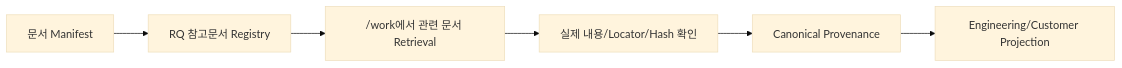
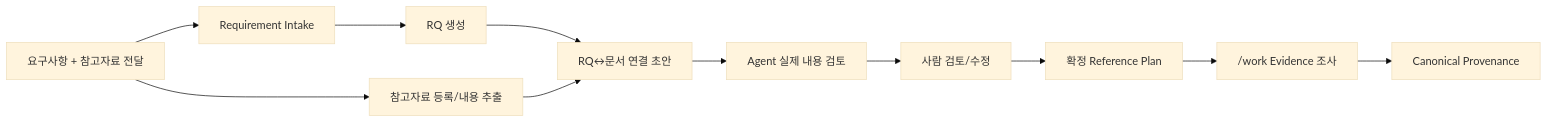
The diagram in docs/00_시작/13_RQ_참고문서_레지스트리_가이드.md (Seunghyun0606/SDLC_DDD_SDD), drawn with Mermaid (base theme) before and after one commit. The commit also changed other lines of this file, not shown here.

Commit message:
docs: make RQ reference draft intake-first and agent-reviewed

````diff
--- a/docs/00_시작/13_RQ_참고문서_레지스트리_가이드.md
+++ b/docs/00_시작/13_RQ_참고문서_레지스트리_가이드.md
@@ -150,8 +19,13 @@
 ```mermaid
 flowchart LR
-    M["문서 Manifest"] --> R["RQ 참고문서 Registry"]
-    R --> W["/work에서 관련 문서 Retrieval"]
-    W --> E["실제 내용/Locator/Hash 확인"]
-    E --> C["Canonical Provenance"]
-    C --> P["Engineering/Customer Projection"]
+    A["요구사항 + 참고자료 전달"] --> B["Requirement Intake"]
+    B --> C["RQ 생성"]
+    A --> D["참고자료 등록/내용 추출"]
+    C --> E["RQ↔문서 연결 초안"]
+    D --> E
+    E --> F["Agent 실제 내용 검토"]
+    F --> G["사람 검토/수정"]
+    G --> H["확정 Reference Plan"]
+    H --> I["/work Evidence 조사"]
+    I --> J["Canonical Provenance"]
 ```
````
